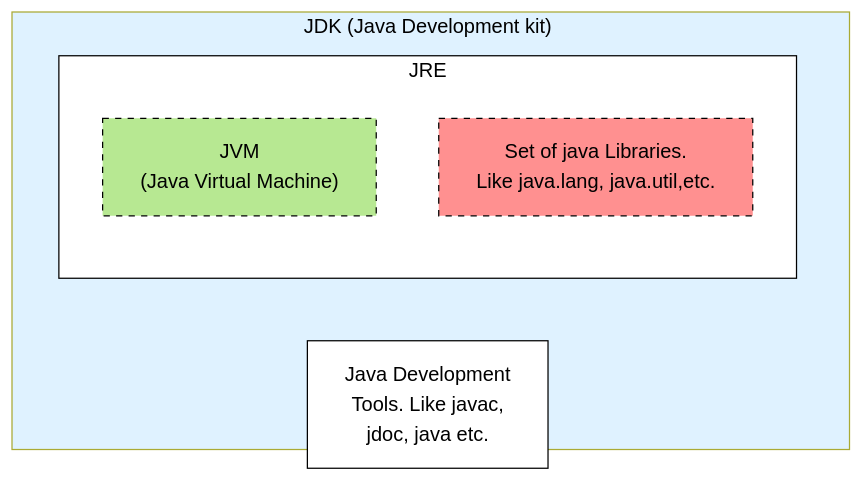
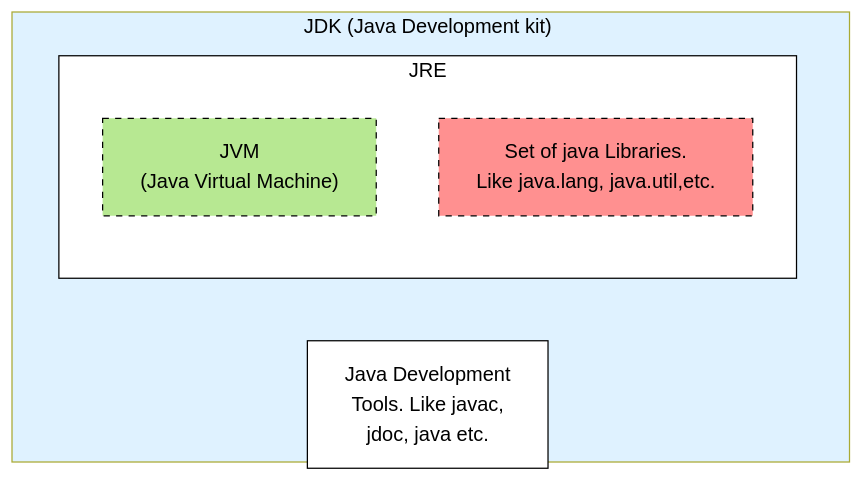
Before and after one commit to f-ei8ht/java-lang: the diagram in Notes/Basics.md, drawn with Mermaid.

Commit message:
mermaid diagram for jdk

````diff
--- a/Notes/Basics.md
+++ b/Notes/Basics.md
@@ -6,20 +6,20 @@
 ```mermaid
 graph TD
     subgraph JDK["JDK (Java Development kit)"]
         A[Java Development 
         Tools. Like javac, 
         jdoc, java etc.]
         subgraph JRE["JRE"]
             B["JVM
             (Java Virtual Machine)"]
             C[Set of java Libraries. 
             Like java.lang, java.util,etc.]
         
         style A fill:#fff,color:#000,stroke:#000000
         style JRE fill:#fff,color:#000,stroke:#000000
         style B fill:#b7e892,color:#000,stroke:#000000,stroke-dasharray:5,5
         style C fill:#ff9090,color:#000,stroke:#000000,stroke-dasharray:5,5
         end
-        style JDK fill:#dff2ff,color:#000,width:670px,height:350px
+        style JDK fill:#dff2ff,color:#000,width:670px,height:360px
     end
 ```
````
